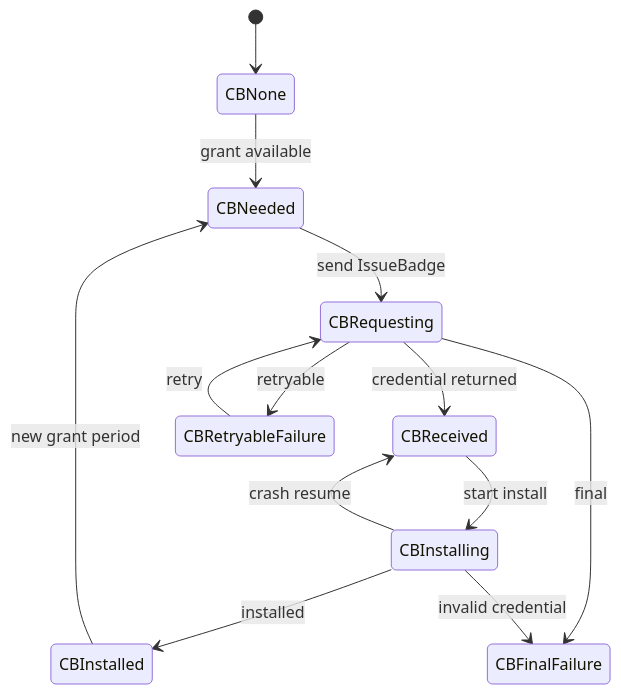
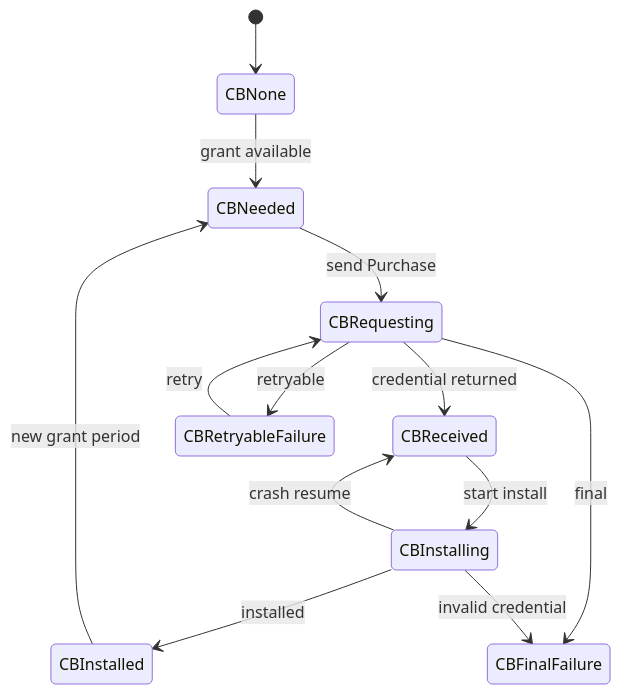
Before and after one commit to simplex-chat/simplex-chat: the fifth of 11 diagrams in plans/2026-07-20-supporter-badges-v2-implementation.md, drawn with Mermaid. The commit also changed other lines of this file and 3 other files, not shown here.

````diff
--- a/plans/2026-07-20-supporter-badges-v2-implementation.md
+++ b/plans/2026-07-20-supporter-badges-v2-implementation.md
@@ -390,15 +390,15 @@
 ```mermaid
 stateDiagram-v2
   [*] --> CBNone
   CBNone --> CBNeeded: grant available
   CBInstalled --> CBNeeded: new grant period
-  CBNeeded --> CBRequesting: send IssueBadge
+  CBNeeded --> CBRequesting: send Purchase
   CBRequesting --> CBReceived: credential returned
   CBRequesting --> CBRetryableFailure: retryable
   CBRequesting --> CBFinalFailure: final
   CBReceived --> CBInstalling: start install
   CBInstalling --> CBInstalled: installed
   CBInstalling --> CBReceived: crash resume
   CBInstalling --> CBFinalFailure: invalid credential
   CBRetryableFailure --> CBRequesting: retry
 ```
````
